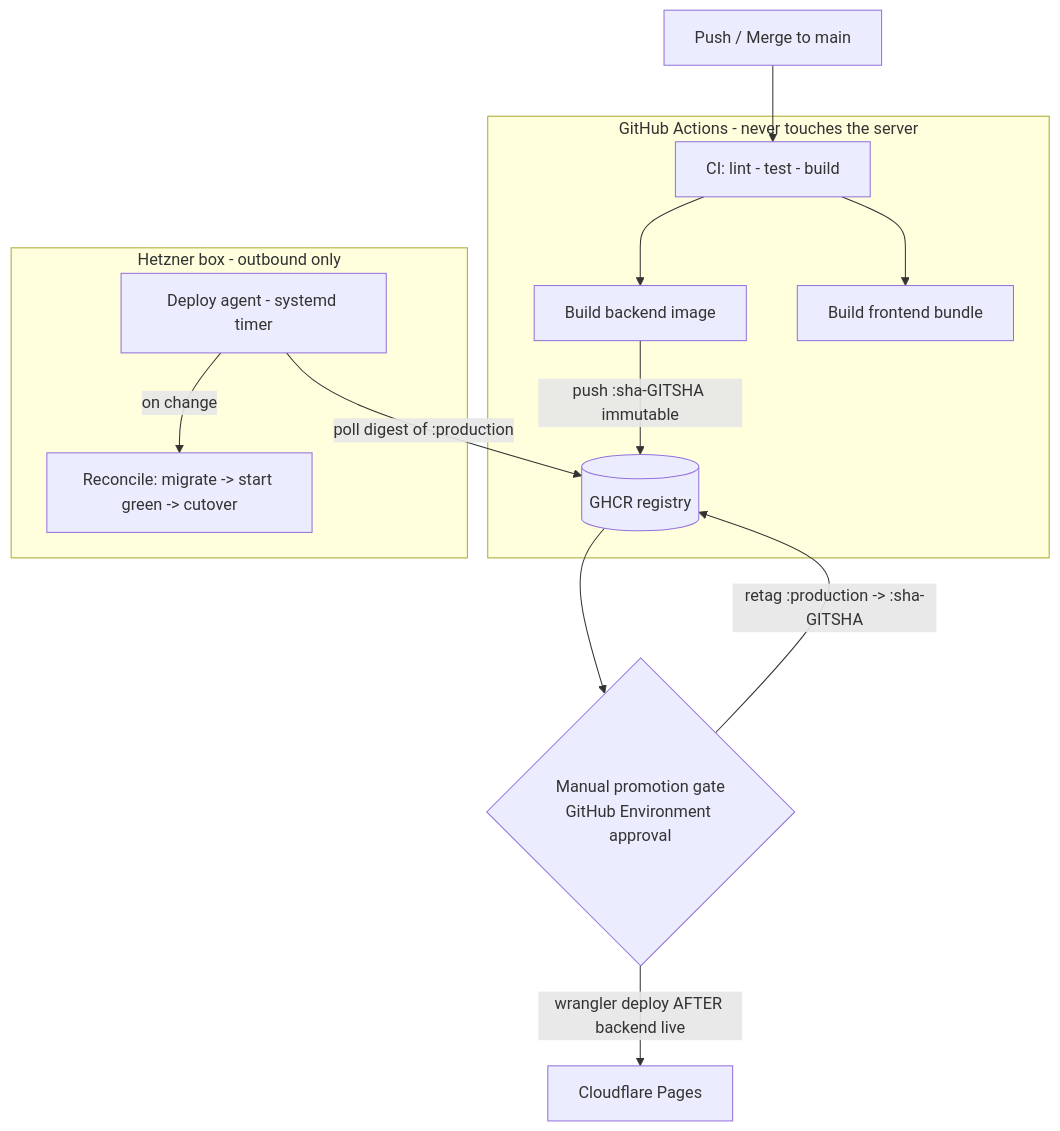
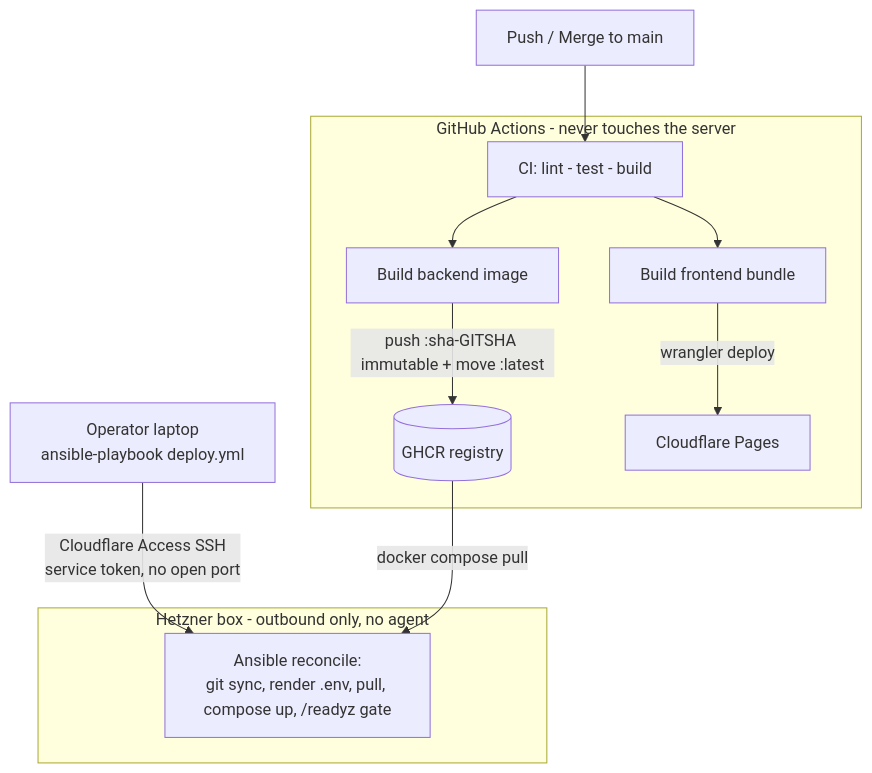
Before and after one commit to ducktivity/drinkwater: the seventh of 10 diagrams in docs/architecture.md, drawn with Mermaid. The commit also changed other lines of this file, not shown here.

Commit message:
docs: reflect Ansible and in-playbook goose migrations

````diff
--- a/docs/architecture.md
+++ b/docs/architecture.md
@@ -198,19 +200,18 @@
 ```mermaid
 graph TD
     Dev[Push / Merge to main] --> GHA
 
-    subgraph GitHub Actions - never touches the server
-        GHA[CI: lint - test - build] --> Img[Build backend image]
-        Img -->|push :sha-GITSHA immutable| GHCR[(GHCR registry)]
+    subgraph CI["GitHub Actions - never touches the server"]
+        GHA["CI: lint - test - build"] --> Img[Build backend image]
+        Img -->|"push :sha-GITSHA immutable + move :latest"| GHCR[(GHCR registry)]
         GHA --> FE[Build frontend bundle]
+        FE -->|wrangler deploy| Pages[Cloudflare Pages]
     end
 
-    GHCR --> Gate{Manual promotion gate<br/>GitHub Environment approval}
-    Gate -->|retag :production -> :sha-GITSHA| GHCR
-    Gate -->|wrangler deploy AFTER backend live| Pages[Cloudflare Pages]
+    Laptop["Operator laptop<br/>ansible-playbook deploy.yml"] -->|"Cloudflare Access SSH<br/>service token, no open port"| Box
+    GHCR -->|docker compose pull| Box
 
-    subgraph Hetzner box - outbound only
-        Agent[Deploy agent - systemd timer] -->|poll digest of :production| GHCR
-        Agent -->|on change| Reconcile[Reconcile: migrate -> start green -> cutover]
+    subgraph HZ["Hetzner box - outbound only, no agent"]
+        Box["Ansible reconcile:<br/>git sync, render .env, pull, compose up, /readyz gate"]
     end
 ```
````
